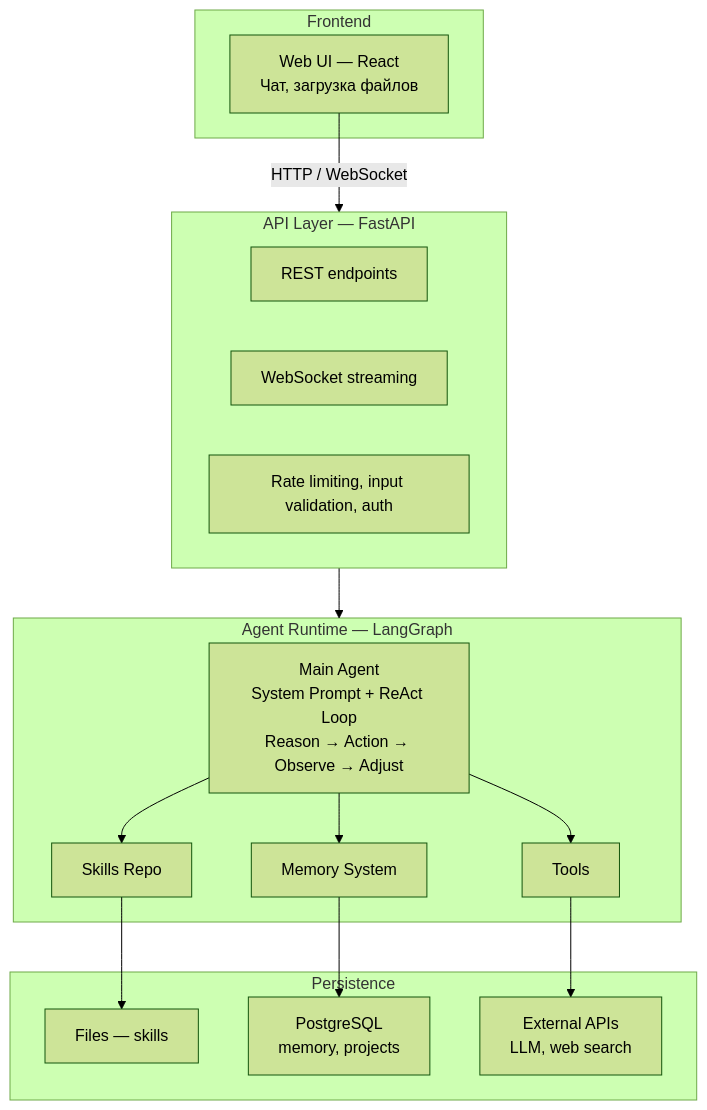
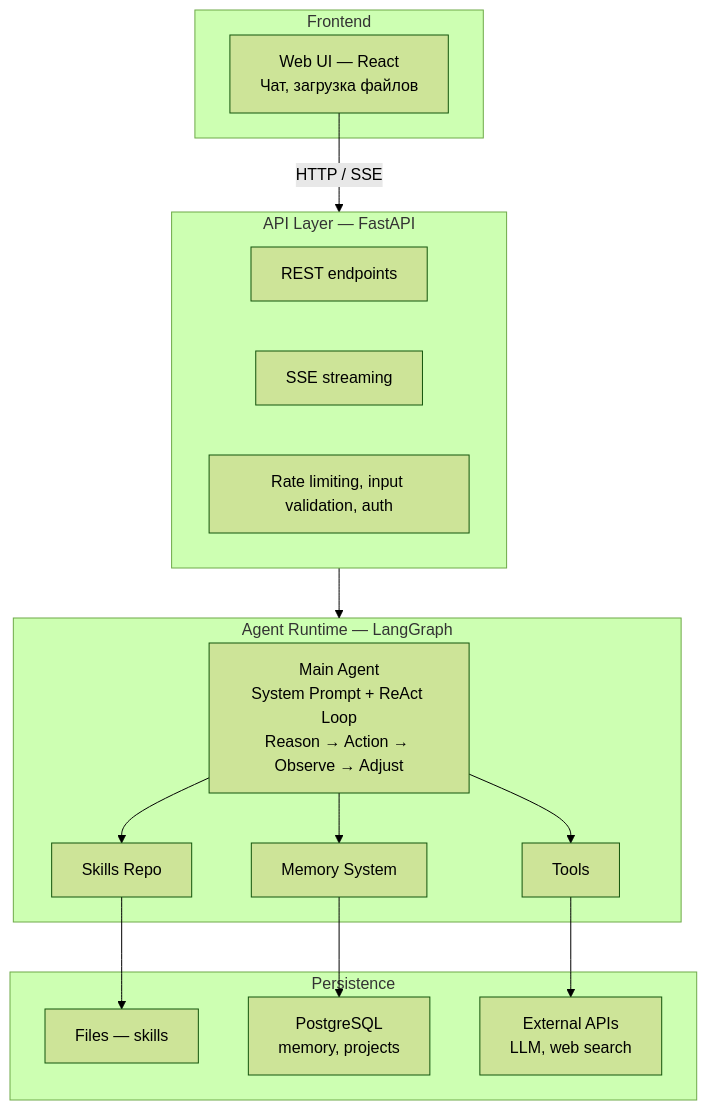
Before and after one commit to Bbar0n234/learnflow-ai: the first of 2 diagrams in doc/security/red-team-brief.md, drawn with Mermaid (forest theme). The commit also changed other lines of this file and 13 other files, not shown here.

````diff
--- a/doc/security/red-team-brief.md
+++ b/doc/security/red-team-brief.md
@@ -44,34 +44,34 @@
 ```mermaid
 graph TB
     subgraph Frontend
         UI[Web UI — React<br/>Чат, загрузка файлов]
     end
 
     subgraph API["API Layer — FastAPI"]
         REST[REST endpoints]
-        WS[WebSocket streaming]
+        SSE[SSE streaming]
         MW[Rate limiting, input validation, auth]
     end
 
     subgraph Agent["Agent Runtime — LangGraph"]
         MA[Main Agent<br/>System Prompt + ReAct Loop<br/>Reason → Action → Observe → Adjust]
         SK[Skills Repo]
         MEM[Memory System]
         TL[Tools]
     end
 
     subgraph Persistence
         FILES[Files — skills]
         PG[PostgreSQL<br/>memory, projects]
         EXT[External APIs<br/>LLM, web search]
     end
 
-    UI -->|HTTP / WebSocket| API
+    UI -->|HTTP / SSE| API
     API --> Agent
     MA --> SK
     MA --> MEM
     MA --> TL
     SK --> FILES
     MEM --> PG
     TL --> EXT
 ```
````
